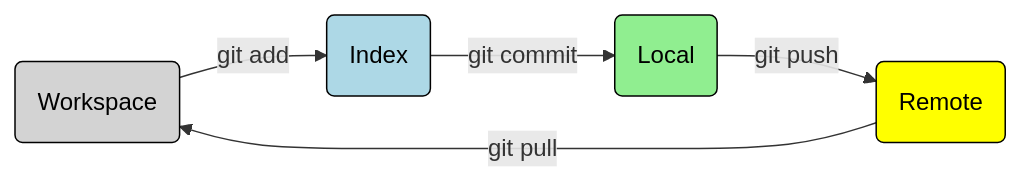
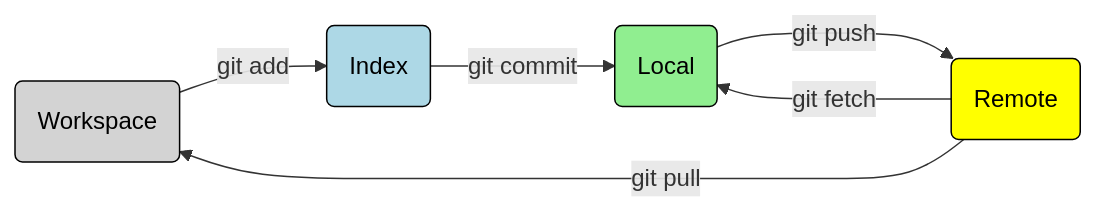
Diagram 13 of 23 in slides-git-quarto/slides-training.qmd (umr-marbec/git-training), drawn with Mermaid before and after one commit. The commit also changed other lines of this file and 4 other files, not shown here.

````diff
--- a/slides-git-quarto/slides-training.qmd
+++ b/slides-git-quarto/slides-training.qmd
@@ -312,25 +309,26 @@
 ```{mermaid}
 %%| fig-width: 10.5
 %%| fig-height: 2
 flowchart LR
     idw(Workspace)
     idi(Index)
     idl(Local)
     idr(Remote)
 
     idw -->|git add| idi
     idi -->|git commit| idl
     idl -->|git push| idr
     idr --->|git pull| idw
+    idr --->|git fetch| idl
 
     classDef workspace fill:lightgray,stroke:black,color:black
     classDef index fill:lightblue,stroke:black,color:black
     classDef local fill:lightgreen,stroke:black,color:black
     classDef remote fill:yellow,stroke:black,color:black
 
     class idw workspace;
     class idi index;
     class idl local;
     class idr remote;
 
 ```
````
